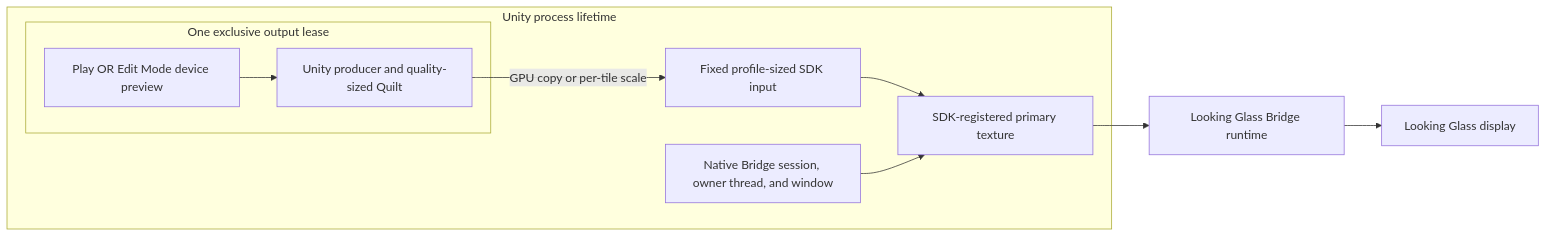
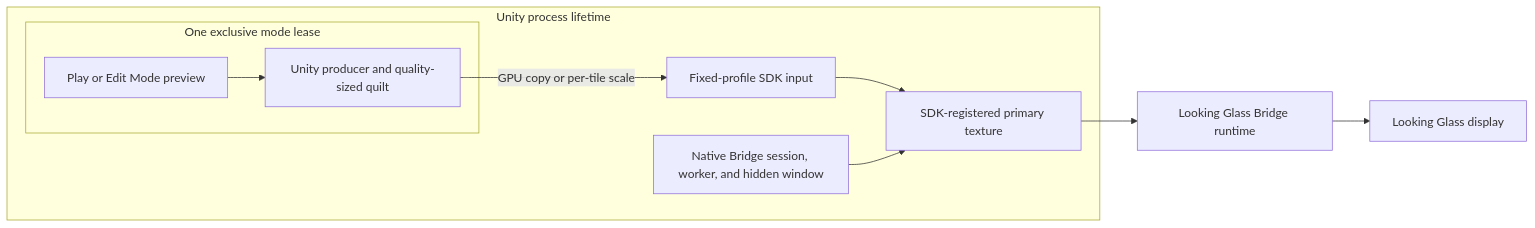
One commit to zabaglione/ViewWeave changed the first of 3 diagrams in docs/bridge-output-lifecycle.md. Above: the diagram before and after it, drawn with Mermaid. The commit also changed other lines of this file and 30 other files, not shown here.

Commit message:
fix: keep Bridge preview running under temporary backpressure

````diff
--- a/docs/bridge-output-lifecycle.md
+++ b/docs/bridge-output-lifecycle.md
@@ -11,18 +13,18 @@
 ```mermaid
 flowchart LR
     subgraph Process[Unity process lifetime]
-        subgraph Lease[One exclusive output lease]
-            Mode[Play OR Edit Mode device preview]
-            Producer[Unity producer and quality-sized Quilt]
+        subgraph Lease[One exclusive mode lease]
+            Mode[Play or Edit Mode preview]
+            Producer[Unity producer and quality-sized quilt]
         end
-        Stable[Fixed profile-sized SDK input]
+        Stable[Fixed-profile SDK input]
         Primary[SDK-registered primary texture]
-        Endpoint[Native Bridge session, owner thread, and window]
+        Endpoint[Native Bridge session, worker, and hidden window]
     end
     Mode --> Producer
     Producer -->|GPU copy or per-tile scale| Stable
     Stable --> Primary
     Endpoint --> Primary
     Primary --> Bridge[Looking Glass Bridge runtime]
     Bridge --> Display[Looking Glass display]
 ```
````
